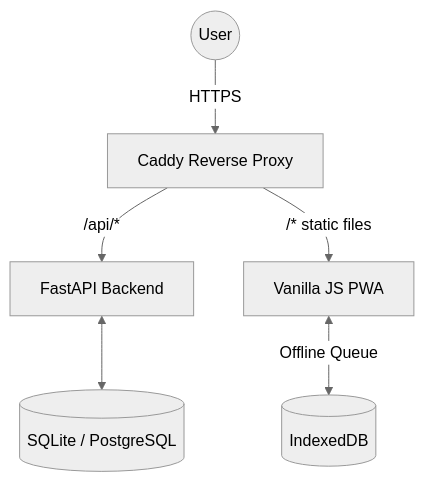
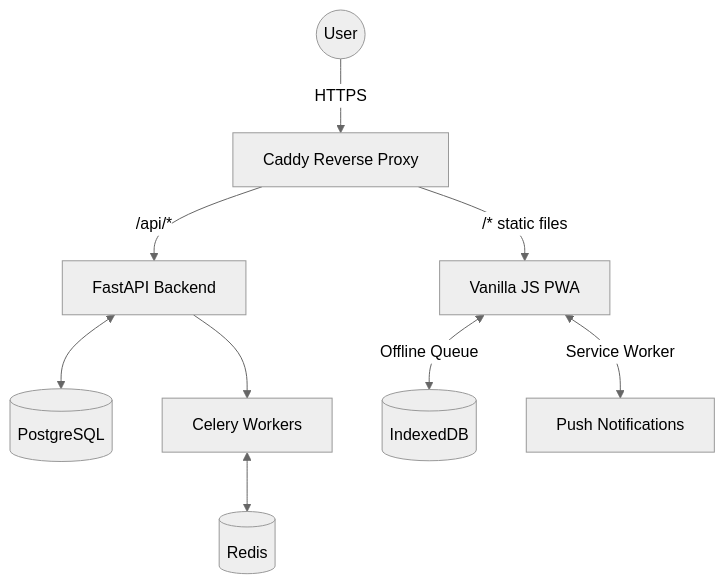
Before and after one commit to akarshjain05/gym-progress-analytics: the diagram in README.md, drawn with Mermaid (neutral theme). The commit also changed other lines of this file, not shown here.

Commit message:
docs: update README with architectural upgrades and new features

````diff
--- a/README.md
+++ b/README.md
@@ -17,8 +17,11 @@
 ```mermaid
 graph TD
     User((User)) -->|HTTPS| Caddy[Caddy Reverse Proxy]
     Caddy -->|/api/*| FastAPI[FastAPI Backend]
     Caddy -->|/* static files| VanillaJS[Vanilla JS PWA]
-    FastAPI <--> SQLite[(SQLite / PostgreSQL)]
+    FastAPI <--> Postgres[(PostgreSQL)]
+    FastAPI --> Celery[Celery Workers]
+    Celery <--> Redis[(Redis)]
     VanillaJS <-->|Offline Queue| IDB[(IndexedDB)]
+    VanillaJS <-->|Service Worker| Push[Push Notifications]
 ```
````
